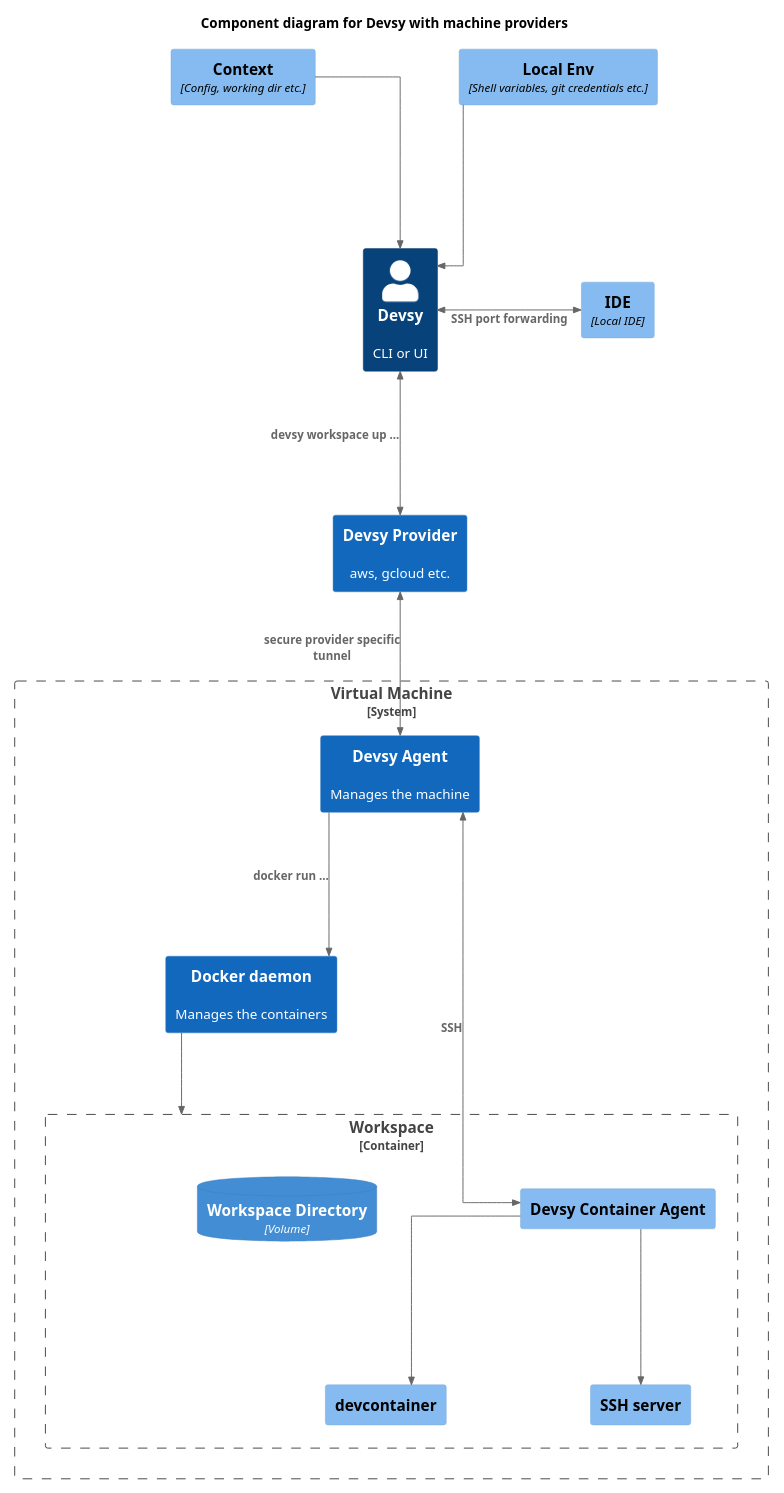
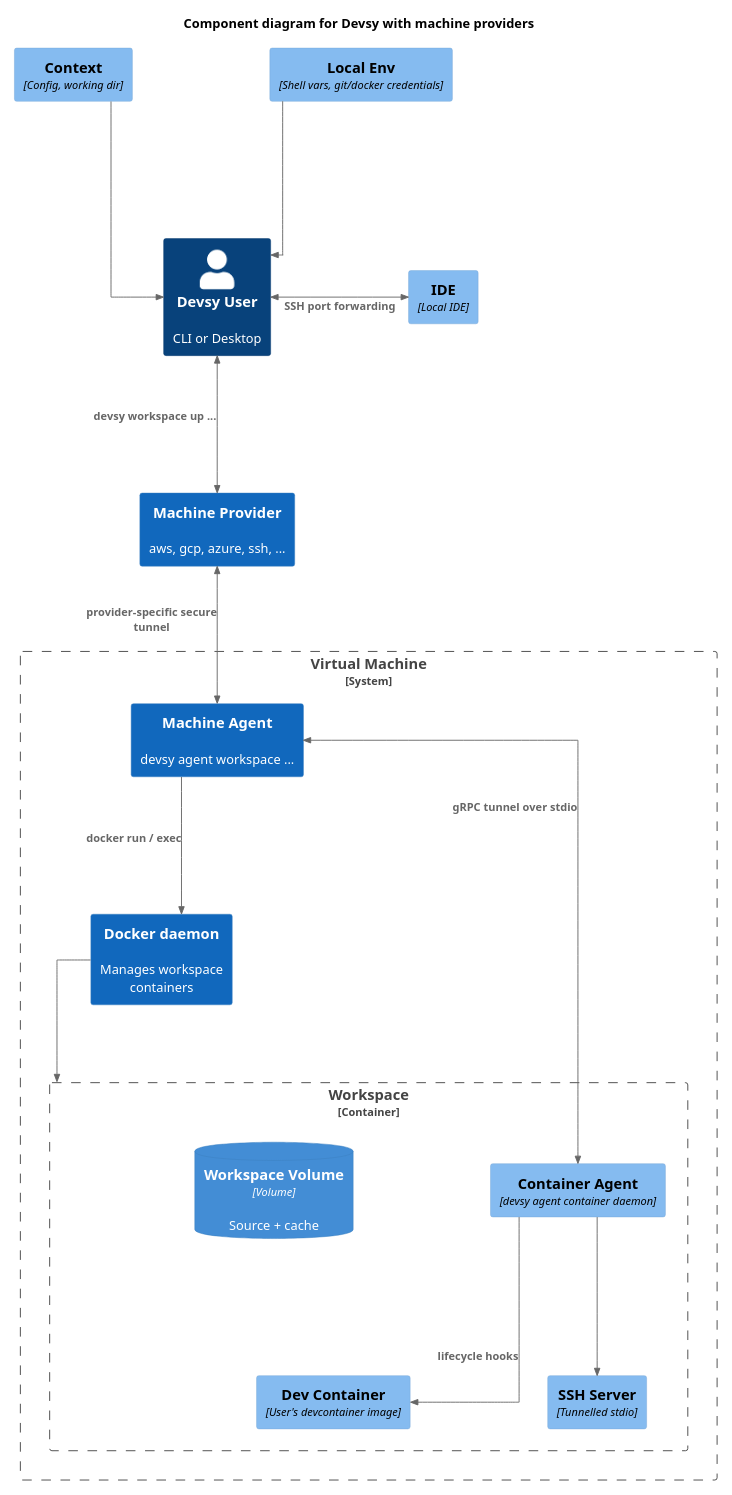
The diagram in docs/uml/c4_machines.puml (devsy-org/devsy), drawn with PlantUML before and after one commit. The commit also changed 26 other files, not shown here.

First line of the commit message:
refactor: refresh architecture diagrams and scrub upstream loft nomenclature

```diff
--- a/docs/uml/c4_machines.puml
+++ b/docs/uml/c4_machines.puml
@@ -1,41 +1,41 @@
 @startuml
 !include https://raw.githubusercontent.com/plantuml-stdlib/C4-PlantUML/master/C4_Component.puml
 
 skinparam linetype ortho
 skinparam nodesep 150
 skinparam ranksep 150
 scale 1920x1080
 
 HIDE_STEREOTYPE()
 LAYOUT_TOP_DOWN()
 
 title Component diagram for Devsy with machine providers
 
-Person(user, "Devsy", "CLI or UI")
-System(prov, "Devsy Provider", "aws, gcloud etc.")
+Person(user, "Devsy User", "CLI or Desktop")
+System(prov, "Machine Provider", "aws, gcp, azure, ssh, ...")
 Component(ide, "IDE", "Local IDE")
-Component(ctx, "Context", "Config, working dir etc.")
-Component(env, "Local Env", "Shell variables, git credentials etc.")
+Component(ctx, "Context", "Config, working dir")
+Component(env, "Local Env", "Shell vars, git/docker credentials")
 
 System_Boundary(cluster, "Virtual Machine") {
-  System(controlPlane, "Devsy Agent", "Manages the machine")
-  System(dockerd, "Docker daemon", "Manages the containers")
+  System(machineAgent, "Machine Agent", "devsy agent workspace ...")
+  System(dockerd, "Docker daemon", "Manages workspace containers")
   Container_Boundary(ws, "Workspace") {
-    Component(runner, "devcontainer", "")
-    Component(agent, "Devsy Container Agent", "")
-    Component(ssh, "SSH server", "")
-    ContainerDb(dir, "Workspace Directory", "Volume", "")
+    Component(runner, "Dev Container", "User's devcontainer image")
+    Component(cAgent, "Container Agent", "devsy agent container daemon")
+    Component(ssh, "SSH Server", "Tunnelled stdio")
+    ContainerDb(dir, "Workspace Volume", "Volume", "Source + cache")
   }
 }
 
-BiRel(user, prov, " devsy workspace up ...")
-BiRel(prov, controlPlane, "secure provider specific tunnel")
-Rel(controlPlane, dockerd, "docker run ...")
+BiRel(user, prov, "devsy workspace up ...")
+BiRel(prov, machineAgent, "provider-specific secure tunnel")
+Rel(machineAgent, dockerd, "docker run / exec")
 Rel(dockerd, ws, "")
-Rel(agent, ssh, "")
-Rel(agent, runner, "")
+Rel(cAgent, ssh, "")
+Rel(cAgent, runner, "lifecycle hooks")
 BiRel_Right(user, ide, "SSH port forwarding")
 Rel(ctx, user, "")
 Rel(env, user, "")
-BiRel(controlPlane, agent, "SSH  ")
+BiRel(machineAgent, cAgent, "gRPC tunnel over stdio")
 @enduml
```
